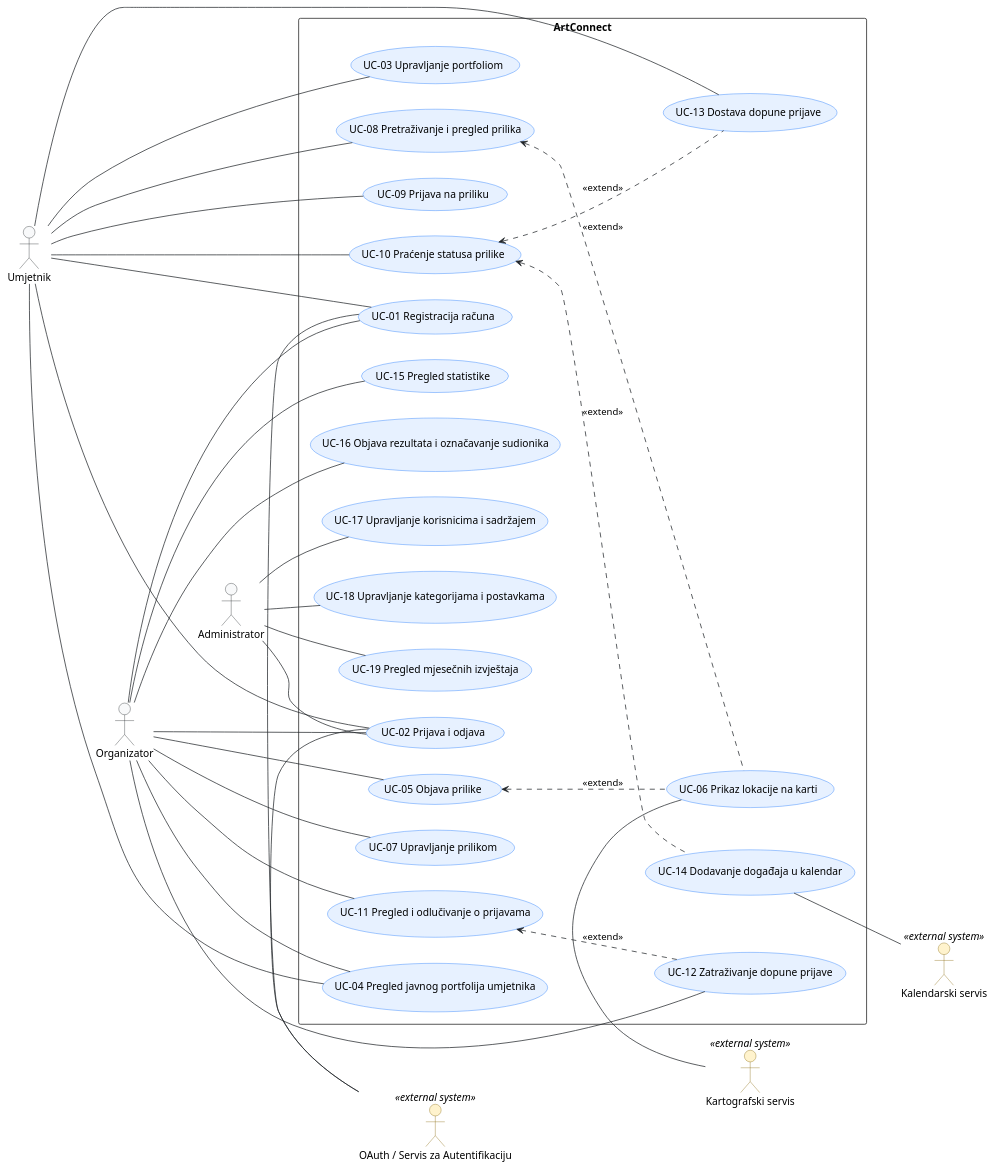
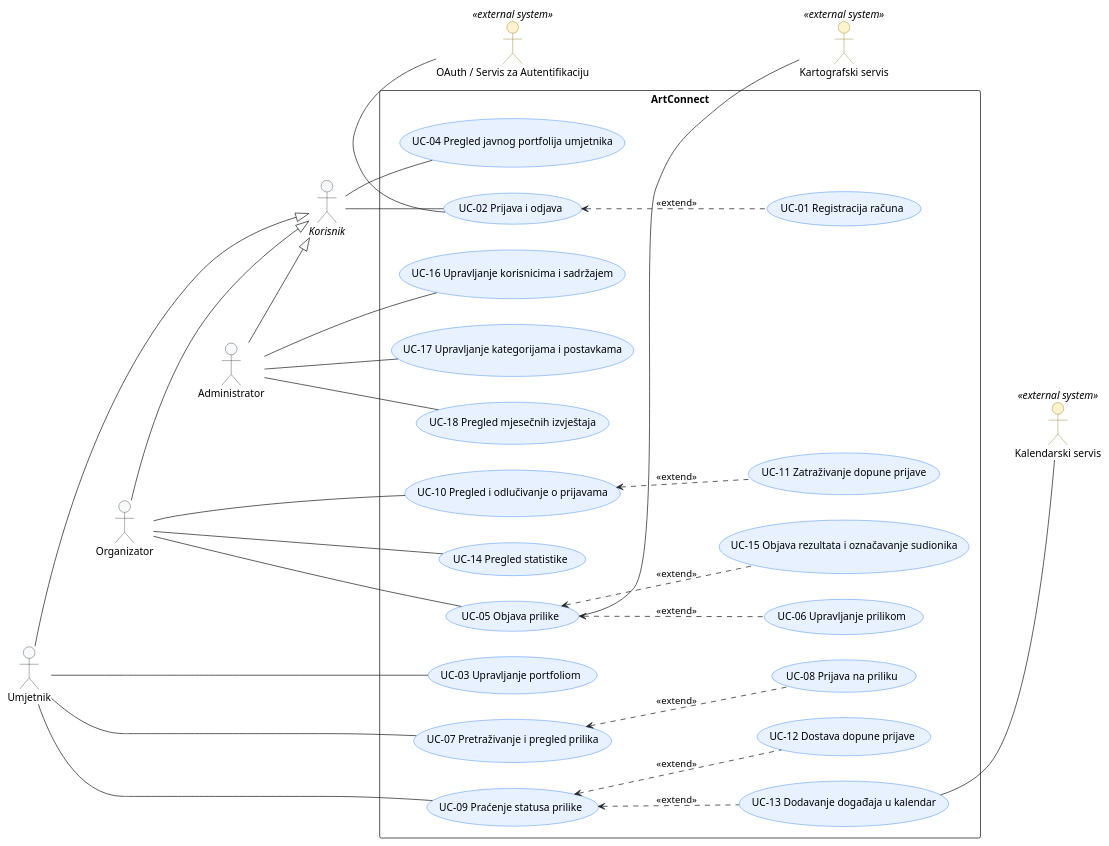
One commit to kovaacicc/ArtConnect changed the diagram in docs/puml/3-1-artconnect-use-cases.puml. Above: the diagram before and after it, drawn with PlantUML. The commit also changed other lines of this file and 4 other files, not shown here.

```diff
--- a/docs/puml/3-1-artconnect-use-cases.puml
+++ b/docs/puml/3-1-artconnect-use-cases.puml
@@ -45,142 +45,134 @@
-@startuml
+@startuml 3-1-artconnect-use-cases
 
 left to right direction
 
 skinparam shadowing false
 skinparam defaultFontName Arial
 skinparam packageStyle rectangle
 
 skinparam actor {
     BackgroundColor #F8F9FA
     BorderColor #212529
     ' External systems are visually distinct from human actors.
     BackgroundColor<<external system>> #FFF3CD
     BorderColor<<external system>> #856404
 }
 
 skinparam usecase {
     BackgroundColor #E7F1FF
     BorderColor #0D6EFD
     ArrowColor #212529
 }
 
 ' ==============================================================================
 ' Primarni akteri
 ' ==============================================================================
 
-actor Umjetnik 
-actor Organizator 
+actor "//Korisnik//" as Korisnik
+actor Umjetnik
+actor Organizator
 actor Administrator
 
+Umjetnik --|> Korisnik
+Organizator --|> Korisnik
+Administrator --|> Korisnik
 
 ' Relacije za raspored dijagrama.
 Umjetnik -[hidden]down-> Organizator
 Organizator -[hidden]down-> Administrator
 
 ' ==============================================================================
 ' Sekundarni akteri
 ' ==============================================================================
 
 actor "OAuth / Servis za Autentifikaciju" as OAuth <<external system>>
 actor "Kartografski servis" as Maps <<external system>>
 actor "Kalendarski servis" as Cal <<external system>>
 
 ' Relacije za raspored dijagrama.
 OAuth -[hidden]down-> Maps
 Maps -[hidden]down-> Cal
 
 
 ' ==============================================================================
 ' Granica sustava
 ' ==============================================================================
 
 rectangle "ArtConnect" as ArtConnect{
 
     ' Prijava i registracija
     (UC-01 Registracija računa) as UC_Registracija
     (UC-02 Prijava i odjava) as UC_PrijavaOdjava
 
     ' Portfolio i profil umjetnika
     (UC-03 Upravljanje portfoliom) as UC_Portfolio
     (UC-04 Pregled javnog portfolija umjetnika) as UC_PregledUmjetnika
 
     ' Prilike: pretraživanje i prijava (umjetnik)
-    (UC-08 Pretraživanje i pregled prilika) as UC_PregledPrilika
-    (UC-09 Prijava na priliku) as UC_PrijavaPrilika
-    (UC-10 Praćenje statusa prilike) as UC_Status
-    (UC-13 Dostava dopune prijave) as UC_DopunaUmjetnik
-    (UC-14 Dodavanje događaja u kalendar) as UC_Kalendar
+    (UC-07 Pretraživanje i pregled prilika) as UC_PregledPrilika
+    (UC-08 Prijava na priliku) as UC_PrijavaPrilika
+    (UC-09 Praćenje statusa prilike) as UC_Status
+    (UC-12 Dostava dopune prijave) as UC_DopunaUmjetnik
+    (UC-13 Dodavanje događaja u kalendar) as UC_Kalendar
 
     ' Prilike: objava i odlučivanje (organizator)
     (UC-05 Objava prilike) as UC_ObjavaPrilike
-    (UC-07 Upravljanje prilikom) as UC_UpravljanjePrilikom
-    (UC-11 Pregled i odlučivanje o prijavama) as UC_PregledPrijave
-    (UC-12 Zatraživanje dopune prijave) as UC_DopunaOrganizator
-    (UC-15 Pregled statistike) as UC_Statistika
-    (UC-16 Objava rezultata i označavanje sudionika) as UC_Rezultati
-
-    ' Karta 
-    (UC-06 Prikaz lokacije na karti) as UC_Karta
+    (UC-06 Upravljanje prilikom) as UC_UpravljanjePrilikom
+    (UC-10 Pregled i odlučivanje o prijavama) as UC_PregledPrijave
+    (UC-11 Zatraživanje dopune prijave) as UC_DopunaOrganizator
+    (UC-14 Pregled statistike) as UC_Statistika
+    (UC-15 Objava rezultata i označavanje sudionika) as UC_Rezultati
 
     ' Administracija
-    (UC-17 Upravljanje korisnicima i sadržajem) as UC_AdmKorisnici
-    (UC-18 Upravljanje kategorijama i postavkama) as UC_AdmKategorije
-    (UC-19 Pregled mjesečnih izvještaja) as UC_Izvjestaj
-
+    (UC-16 Upravljanje korisnicima i sadržajem) as UC_AdmKorisnici
+    (UC-17 Upravljanje kategorijama i postavkama) as UC_AdmKategorije
+    (UC-18 Pregled mjesečnih izvještaja) as UC_Izvjestaj
 }
 
 ' ==============================================================================
 ' Asocijacije aktera i obrazaca uporabe
 ' ==============================================================================
 
+' Zajedničke mogućnosti svih korisnika
+Korisnik -- UC_PrijavaOdjava
+Korisnik -- UC_PregledUmjetnika
+
 ' Mogućnosti umjetnika
-Umjetnik -- UC_Registracija
-Umjetnik -- UC_PrijavaOdjava
 Umjetnik -- UC_Portfolio
-Umjetnik -- UC_PregledUmjetnika
 Umjetnik -- UC_PregledPrilika
-Umjetnik -- UC_PrijavaPrilika
 Umjetnik -- UC_Status
-Umjetnik -- UC_DopunaUmjetnik
 
 ' Mogućnosti organizatora
-Organizator -- UC_Registracija
-Organizator -- UC_PrijavaOdjava
-Organizator -- UC_PregledUmjetnika
 Organizator -- UC_ObjavaPrilike
-Organizator -- UC_UpravljanjePrilikom
 Organizator -- UC_PregledPrijave
-Organizator -- UC_DopunaOrganizator
 Organizator -- UC_Statistika
-Organizator -- UC_Rezultati
 
 ' Mogućnosti administratora
-Administrator -- UC_PrijavaOdjava
 Administrator -- UC_AdmKorisnici
 Administrator -- UC_AdmKategorije
 Administrator -- UC_Izvjestaj
+
 ' ==============================================================================
 ' UML relacije
 ' ==============================================================================
 
-UC_PregledPrilika <.. UC_Karta : <<extend>>
-UC_ObjavaPrilike <.. UC_Karta : <<extend>>
+UC_PrijavaOdjava <.. UC_Registracija : <<extend>>
+UC_PregledPrilika <.. UC_PrijavaPrilika : <<extend>>
 UC_Status <.. UC_DopunaUmjetnik : <<extend>>
 UC_Status <.. UC_Kalendar : <<extend>>
+UC_ObjavaPrilike <.. UC_UpravljanjePrilikom : <<extend>>
 UC_PregledPrijave <.. UC_DopunaOrganizator : <<extend>>
-
-' Autentifikacija se namjerno NE modelira kao <<include>> za ostale obrasce
-' uporabe. Svi korisnici platforme (umjetnik, organizator, administrator)
-' moraju biti prijavljeni prije njihova pokretanja, pa se prijava (UC-02)
-' tretira kao preduvjet, a ne kao dio svakog pojedinog obrasca uporabe.
+UC_ObjavaPrilike <.. UC_Rezultati : <<extend>>
 
 ' ==============================================================================
 ' Interakcije sekundarnih aktera
 ' ==============================================================================
 
-UC_Registracija -right- OAuth
+' OAuth pokriva i registraciju, jer UC-01 proširuje UC-02.
 UC_PrijavaOdjava -right- OAuth
-UC_Karta -right- Maps
+
+UC_ObjavaPrilike -right- Maps
+
 UC_Kalendar -right- Cal
 
 @enduml
```
